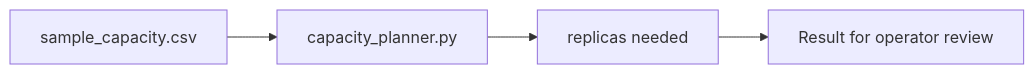
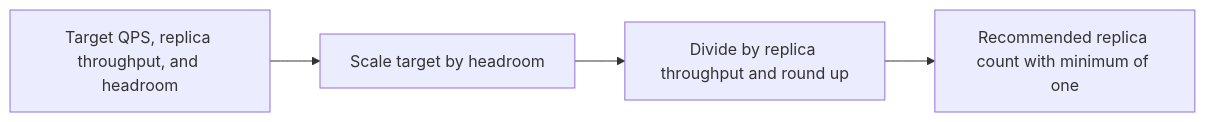
The diagram in docs/ARCHITECTURE.md (Klokesh493/model-endpoint-capacity-planner), drawn with Mermaid before and after one commit. The commit also changed 1 other file, not shown here.

Commit message:
Show the project decision flow in its README

````diff
--- a/docs/ARCHITECTURE.md
+++ b/docs/ARCHITECTURE.md
@@ -5,8 +5,8 @@
 ```mermaid
 flowchart LR
-    N0["sample_capacity.csv"]
-    N1["capacity_planner.py"]
-    N2["replicas needed"]
-    N3["Result for operator review"]
-    N0 --> N1 --> N2 --> N3
+    A["Target QPS, replica throughput, and headroom"]
+    B["Scale target by headroom"]
+    C["Divide by replica throughput and round up"]
+    D["Recommended replica count with minimum of one"]
+    A --> B --> C --> D
 ```
````
